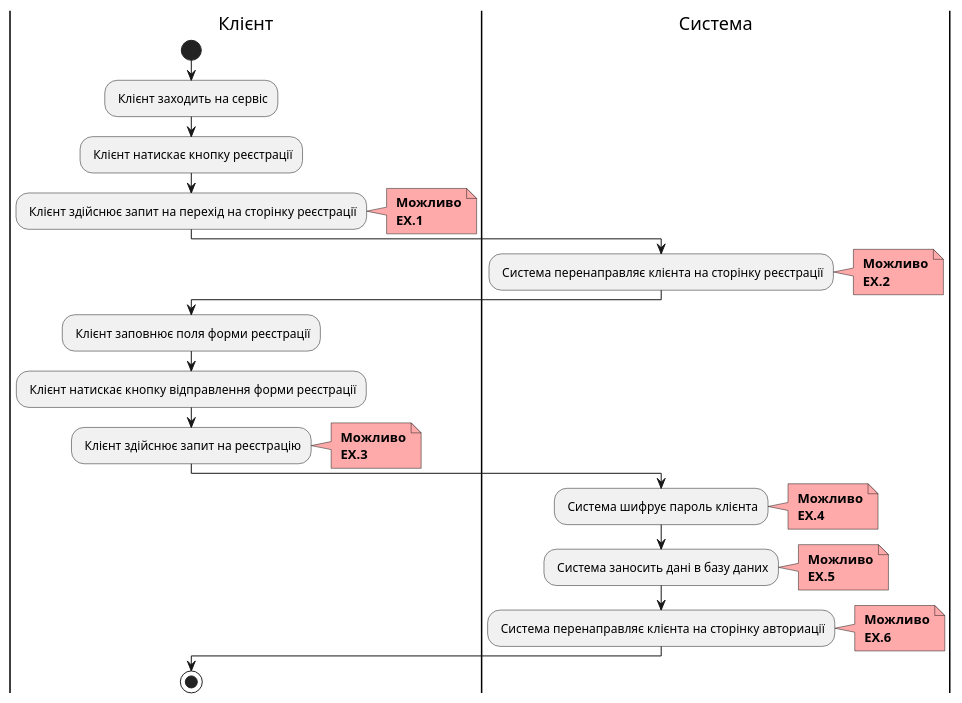
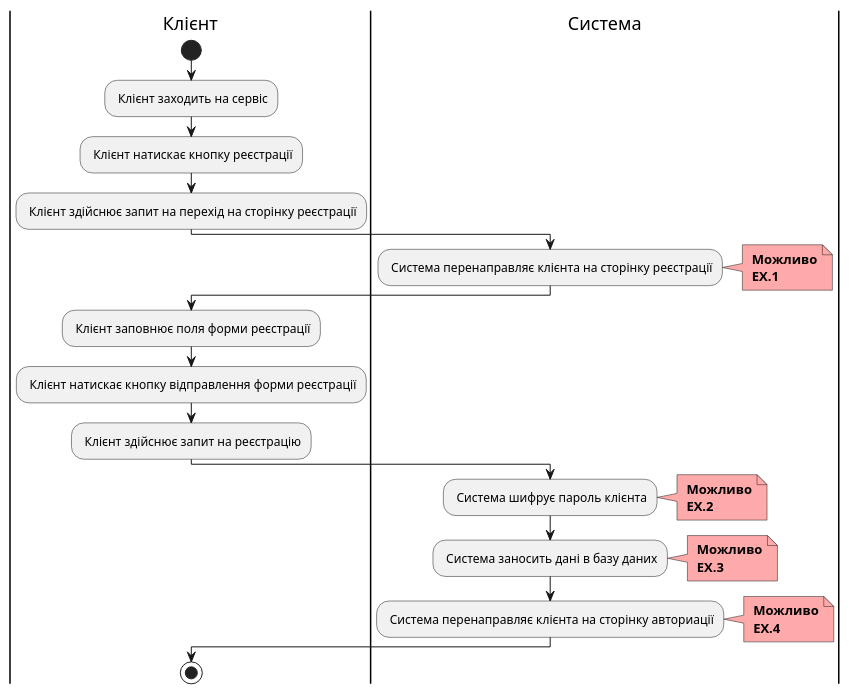
Before and after one commit to Pashhaa/media-content-analyze-system: the first of 4 diagrams in docs/use cases/README.md, drawn with PlantUML. The commit also changed other lines of this file, not shown here.

```diff
--- a/docs/use cases/README.md
+++ b/docs/use cases/README.md
@@ -29,45 +27,37 @@
 @startuml
         
     |Клієнт|
         start
         : Клієнт заходить на сервіс;
         : Клієнт натискає кнопку реєстрації;
         : Клієнт здійснює запит на перехід на сторінку реєстрації;
-        note right #ffaaaa
-        <b> Можливо
-        <b> EX.1
-        end note
     |Система|
         : Система перенаправляє клієнта на сторінку реєстрації;
         note right #ffaaaa
         <b> Можливо
-        <b> EX.2
+        <b> EX.1
         end note
     |Клієнт|
         : Клієнт заповнює поля форми реєстрації;
         : Клієнт натискає кнопку відправлення форми реєстрації;
         : Клієнт здійснює запит на реєстрацію;
+    |Система|
+        : Система шифрує пароль клієнта;
+        note right #ffaaaa
+        <b> Можливо
+        <b> EX.2
+        end note
+        : Система заносить дані в базу даних;
         note right #ffaaaa
         <b> Можливо
         <b> EX.3
         end note
-    |Система|
-        : Система шифрує пароль клієнта;
+        : Система перенаправляє клієнта на сторінку авториації;
         note right #ffaaaa
         <b> Можливо
         <b> EX.4
-        end note
-        : Система заносить дані в базу даних;
-        note right #ffaaaa
-        <b> Можливо
-        <b> EX.5
-        end note
-        : Система перенаправляє клієнта на сторінку авториації;
-        note right #ffaaaa
-        <b> Можливо
-        <b> EX.6
         end note
     |Клієнт|
         stop;
 
 @enduml
```
